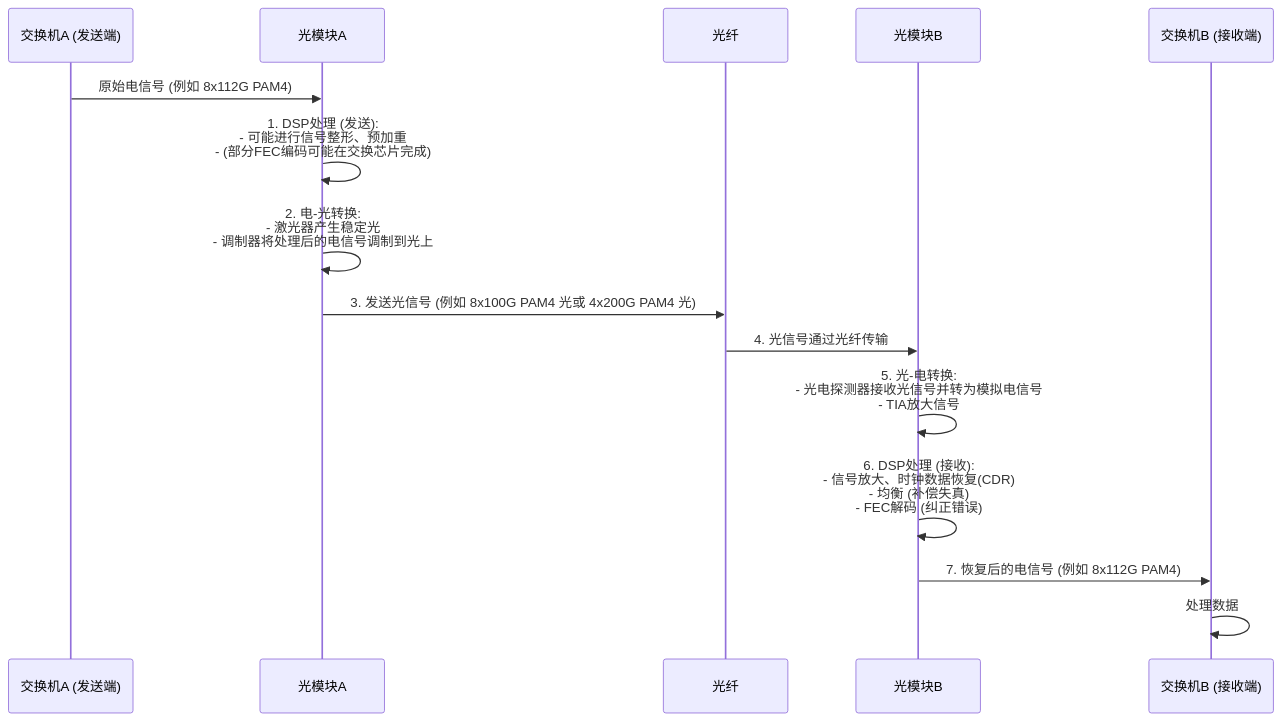
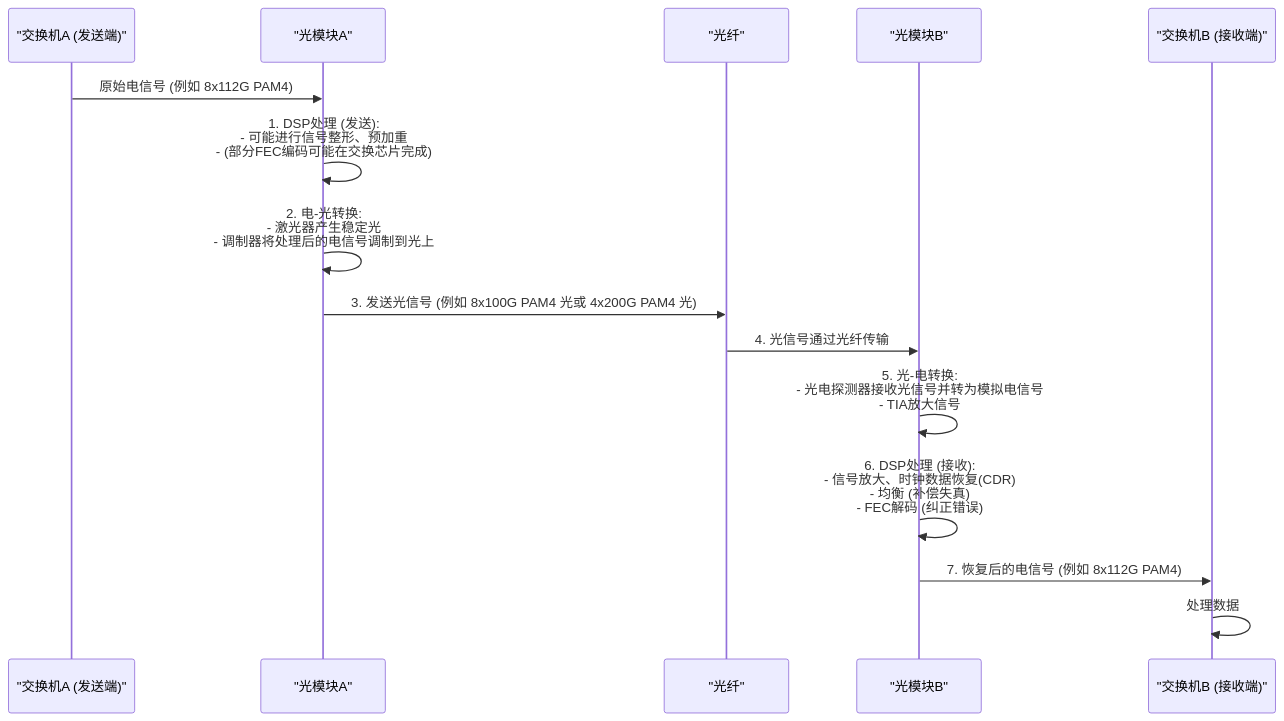
The fourth of 5 diagrams in output/Data_Center_Ethernet_Technology_and_Evolution_to_224_Gbps/07_高速光模块与封装技术_.md (jueshi/PocketFlow-Tutorial-Codebase-Knowledge), drawn with Mermaid before and after one commit. The commit also changed other lines of this file and 282 other files, not shown here.

````diff
--- a/output/Data_Center_Ethernet_Technology_and_Evolution_to_224_Gbps/07_高速光模块与封装技术_.md
+++ b/output/Data_Center_Ethernet_Technology_and_Evolution_to_224_Gbps/07_高速光模块与封装技术_.md
@@ -158,18 +155,18 @@
 ```mermaid
 sequenceDiagram
-    participant SA as 交换机A (发送端)
-    participant ModA as 光模块A
-    participant Fiber as 光纤
-    participant ModB as 光模块B
-    participant SB as 交换机B (接收端)
+    participant SA as "交换机A (发送端)"
+    participant ModA as "光模块A"
+    participant Fiber as "光纤"
+    participant ModB as "光模块B"
+    participant SB as "交换机B (接收端)"
 
     SA->>ModA: 原始电信号 (例如 8x112G PAM4)
     ModA->>ModA: 1. DSP处理 (发送):<br/>   - 可能进行信号整形、预加重<br/>   - (部分FEC编码可能在交换芯片完成)
     ModA->>ModA: 2. 电-光转换:<br/>   - 激光器产生稳定光<br/>   - 调制器将处理后的电信号调制到光上
     ModA->>Fiber: 3. 发送光信号 (例如 8x100G PAM4 光或 4x200G PAM4 光)
     Fiber->>ModB: 4. 光信号通过光纤传输
     ModB->>ModB: 5. 光-电转换:<br/>   - 光电探测器接收光信号并转为模拟电信号<br/>   - TIA放大信号
     ModB->>ModB: 6. DSP处理 (接收):<br/>   - 信号放大、时钟数据恢复(CDR)<br/>   - 均衡 (补偿失真)<br/>   - FEC解码 (纠正错误)
     ModB->>SB: 7. 恢复后的电信号 (例如 8x112G PAM4)
     SB->>SB: 处理数据
 ```
````
